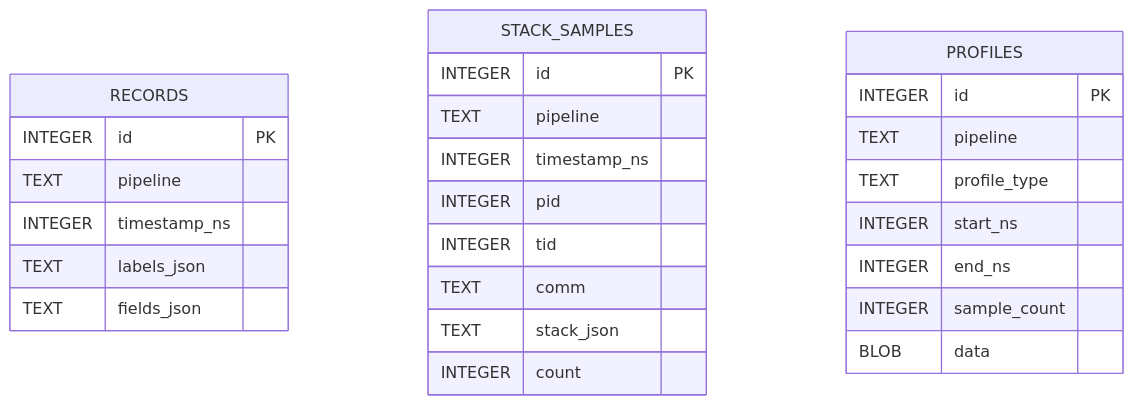
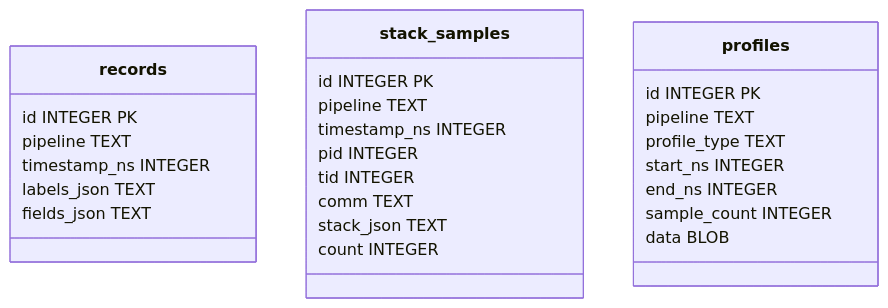
The fourth of 4 diagrams in docs/document/撰修司/illuminator性能监控平台/设计方案/08-recording-and-storage.md (Franch-Toast/Scriptorium), drawn with Mermaid before and after one commit. The commit also changed other lines of this file and 20 other files, not shown here.

````diff
--- a/docs/document/撰修司/illuminator性能监控平台/设计方案/08-recording-and-storage.md
+++ b/docs/document/撰修司/illuminator性能监控平台/设计方案/08-recording-and-storage.md
@@ -133,30 +182,30 @@
 ```mermaid
-%%{init: {"er":{"useMaxWidth":false}}}%%
-erDiagram
-    RECORDS {
-        INTEGER id PK
-        TEXT pipeline
-        INTEGER timestamp_ns
-        TEXT labels_json
-        TEXT fields_json
+%%{init: {"class":{"useMaxWidth":false},"state":{"useMaxWidth":false}}}%%
+classDiagram
+    class records {
+        id INTEGER PK
+        pipeline TEXT
+        timestamp_ns INTEGER
+        labels_json TEXT
+        fields_json TEXT
     }
-    STACK_SAMPLES {
-        INTEGER id PK
-        TEXT pipeline
-        INTEGER timestamp_ns
-        INTEGER pid
-        INTEGER tid
-        TEXT comm
-        TEXT stack_json
-        INTEGER count
+    class stack_samples {
+        id INTEGER PK
+        pipeline TEXT
+        timestamp_ns INTEGER
+        pid INTEGER
+        tid INTEGER
+        comm TEXT
+        stack_json TEXT
+        count INTEGER
     }
-    PROFILES {
-        INTEGER id PK
-        TEXT pipeline
-        TEXT profile_type
-        INTEGER start_ns
-        INTEGER end_ns
-        INTEGER sample_count
-        BLOB data
+    class profiles {
+        id INTEGER PK
+        pipeline TEXT
+        profile_type TEXT
+        start_ns INTEGER
+        end_ns INTEGER
+        sample_count INTEGER
+        data BLOB
     }
 ```
````
